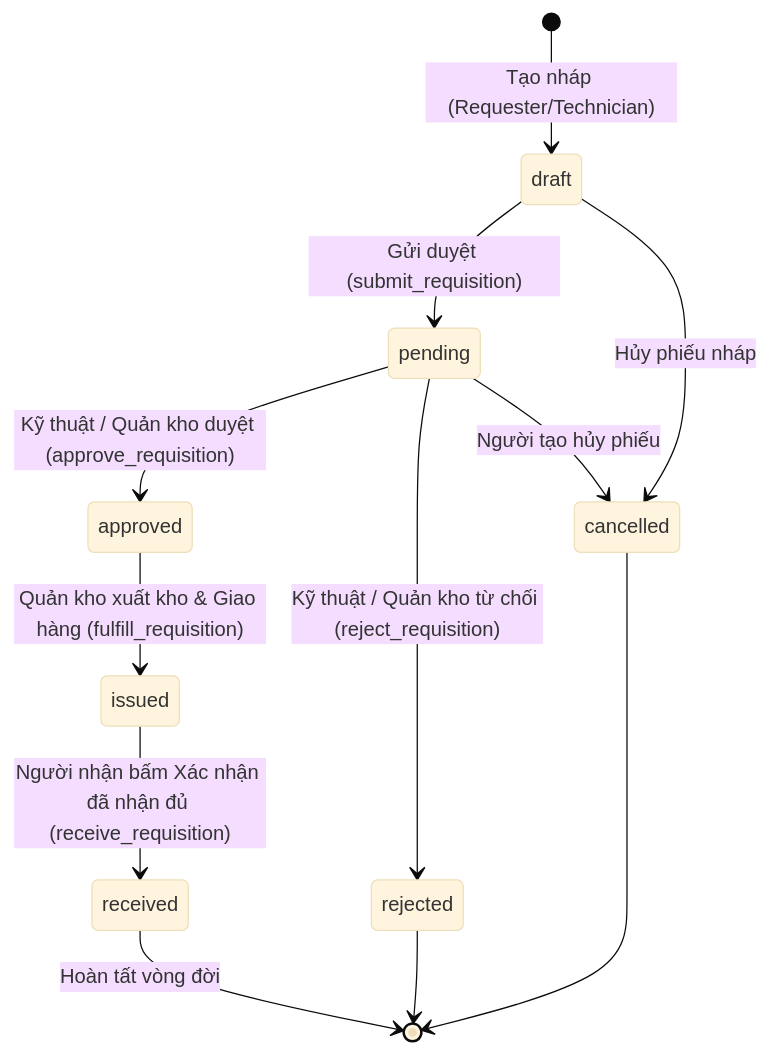
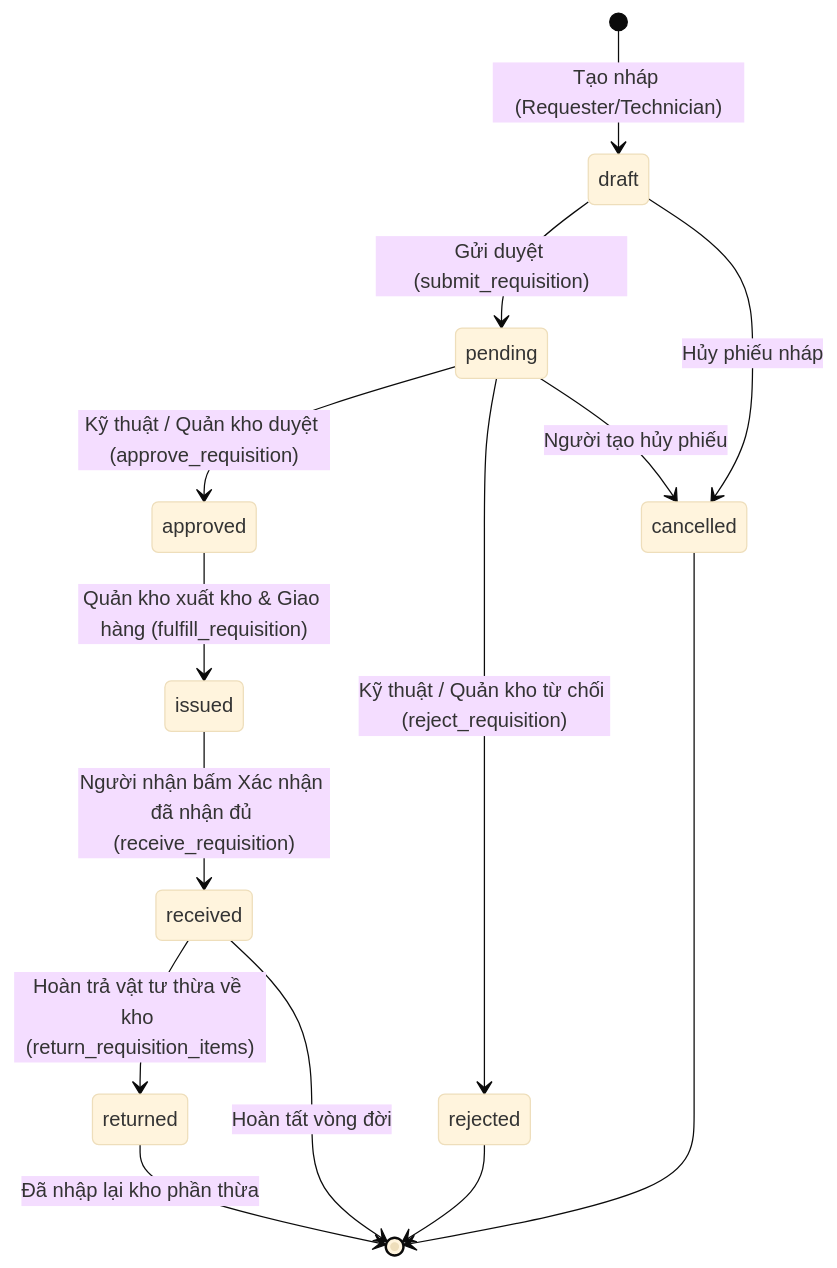
Before and after one commit to theiheu/minh-tan-phat-supply: the first of 8 diagrams in docs/architecture/state-machines.md, drawn with Mermaid (base theme). The commit also changed other lines of this file and 244 other files, not shown here.

````diff
--- a/docs/architecture/state-machines.md
+++ b/docs/architecture/state-machines.md
@@ -11,14 +11,16 @@
 ```mermaid
 stateDiagram-v2
     [*] --> draft: Tạo nháp (Requester/Technician)
     draft --> pending: Gửi duyệt (submit_requisition)
     draft --> cancelled: Hủy phiếu nháp
     pending --> approved: Kỹ thuật / Quản kho duyệt (approve_requisition)
     pending --> rejected: Kỹ thuật / Quản kho từ chối (reject_requisition)
     pending --> cancelled: Người tạo hủy phiếu
     approved --> issued: Quản kho xuất kho & Giao hàng (fulfill_requisition)
     issued --> received: Người nhận bấm Xác nhận đã nhận đủ (receive_requisition)
+    received --> returned: Hoàn trả vật tư thừa về kho (return_requisition_items)
     received --> [*]: Hoàn tất vòng đời
+    returned --> [*]: Đã nhập lại kho phần thừa
     rejected --> [*]
     cancelled --> [*]
 ```
````
